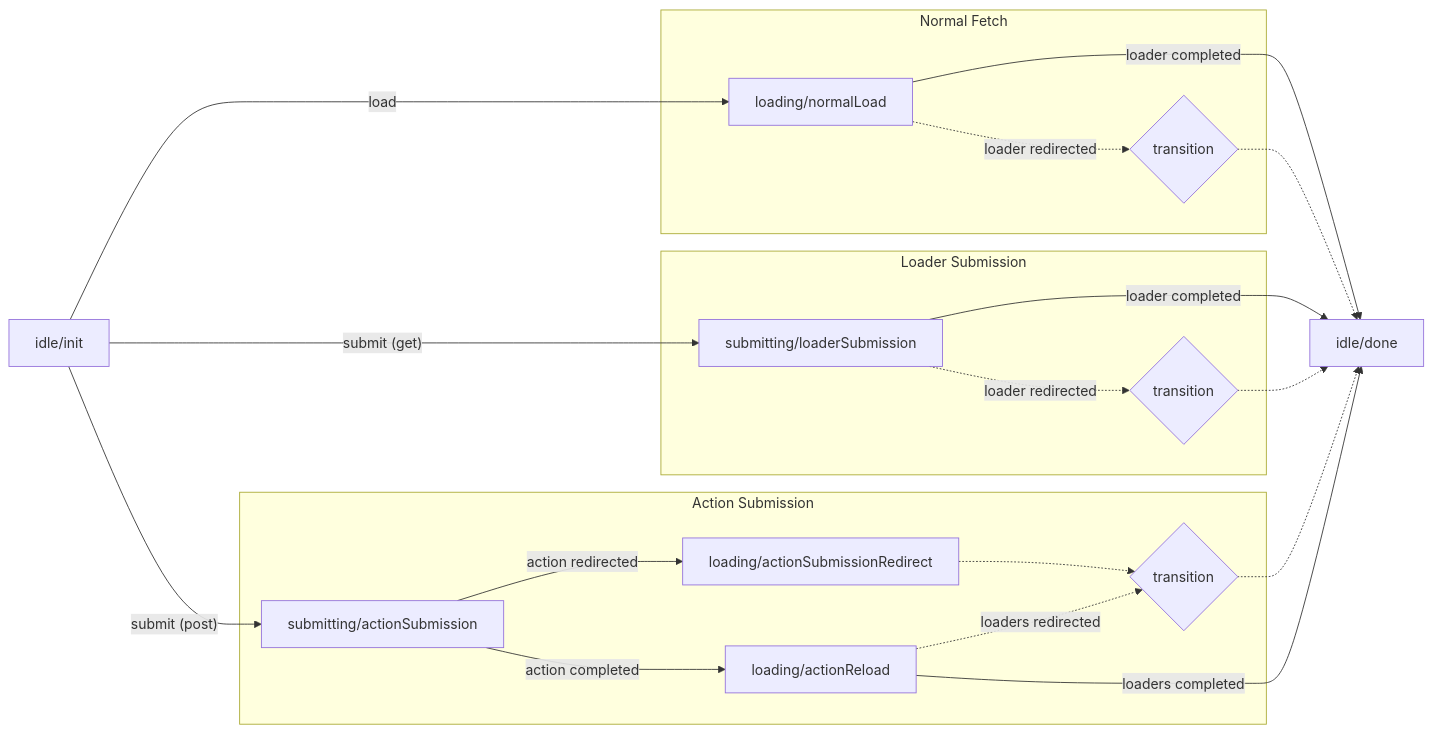
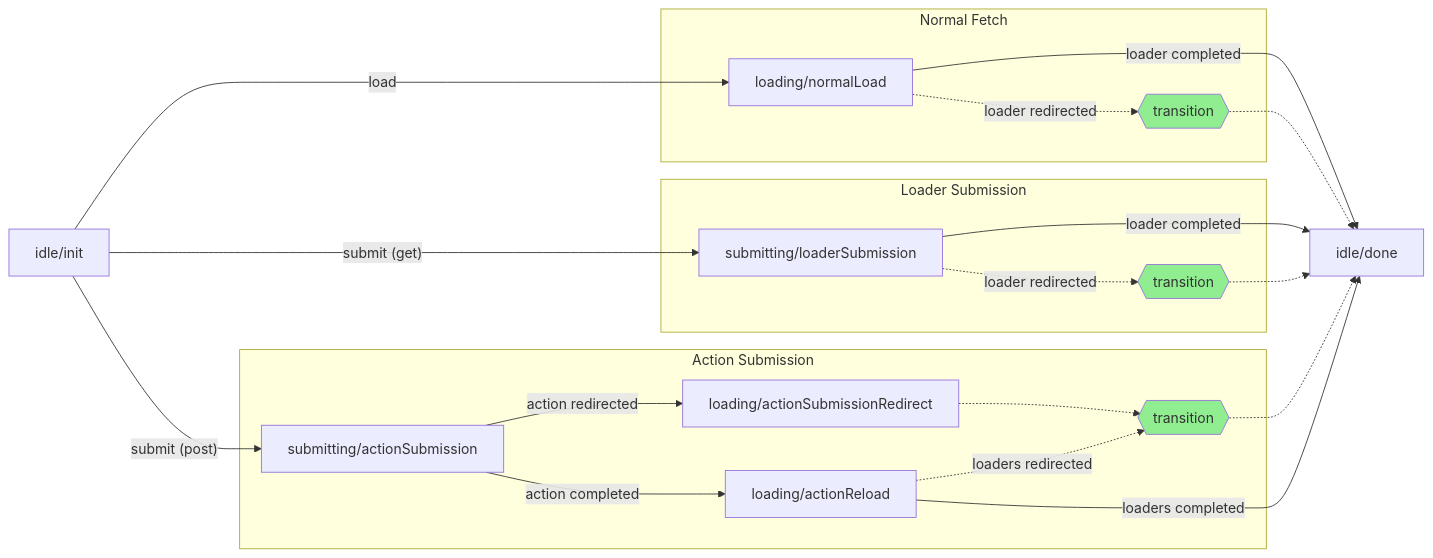
The second of 2 diagrams in DEVELOPMENT.md (remix-run/remix), drawn with Mermaid before and after one commit.

Commit message:
chore: update transition nodes in fetcher diagram

````diff
--- a/DEVELOPMENT.md
+++ b/DEVELOPMENT.md
@@ -180,27 +180,30 @@
 ```mermaid
 graph LR
   idle/init -->|"load"| loading/normalLoad
   idle/init -->|"submit (get)"| submitting/loaderSubmission
   idle/init -->|"submit (post)"| submitting/actionSubmission
 
   subgraph "Normal Fetch"
-  loading/normalLoad -.->|loader redirected| T1{transition}
+  loading/normalLoad -.->|loader redirected| T1{{transition}}
   end
   loading/normalLoad -->|loader completed| idle/done
-  T1{transition} -.-> idle/done
+  T1{{transition}} -.-> idle/done
 
   subgraph "Loader Submission"
-  submitting/loaderSubmission -.->|"loader redirected"| T2{transition}
+  submitting/loaderSubmission -.->|"loader redirected"| T2{{transition}}
   end
   submitting/loaderSubmission -->|loader completed| idle/done
-  T2{transition} -.-> idle/done
+  T2{{transition}} -.-> idle/done
 
   subgraph "Action Submission"
   submitting/actionSubmission -->|action completed| loading/actionReload
   submitting/actionSubmission -->|action redirected| loading/actionSubmissionRedirect
-  loading/actionSubmissionRedirect -.-> T3{transition}
-  loading/actionReload -.-> |loaders redirected| T3{transition}
+  loading/actionSubmissionRedirect -.-> T3{{transition}}
+  loading/actionReload -.-> |loaders redirected| T3{{transition}}
   end
-  T3{transition} -.-> idle/done
+  T3{{transition}} -.-> idle/done
   loading/actionReload --> |loaders completed| idle/done
+
+  classDef transition fill:lightgreen;
+  class T1,T2,T3 transition;
 ```
````
